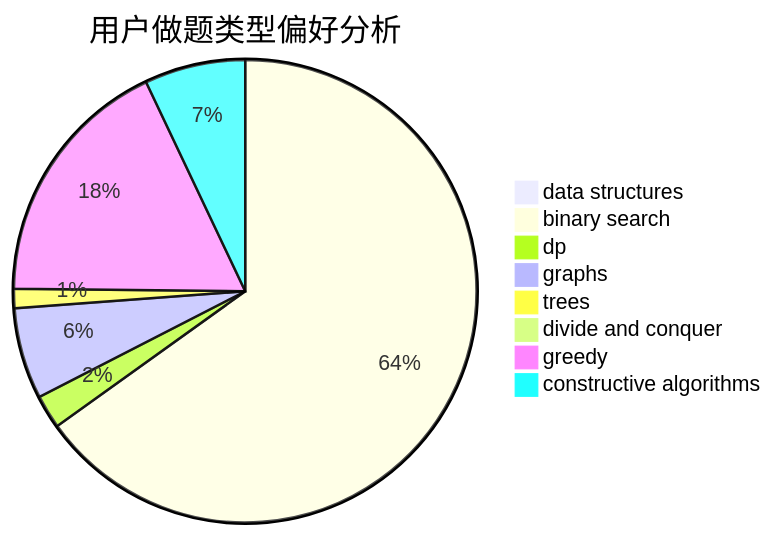
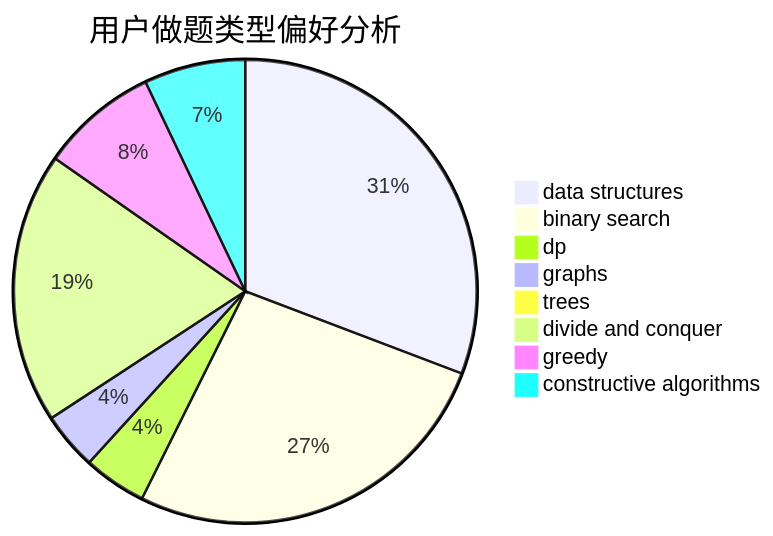
Before and after one commit to sherpahu/cfrs.github.io: the second of 3 diagrams in docs/user/u1851.md, drawn with Mermaid. The commit also changed other lines of this file and 2770 other files, not shown here.

````diff
--- a/docs/user/u1851.md
+++ b/docs/user/u1851.md
@@ -23,11 +23,11 @@
 ```mermaid
 pie title 用户做题类型偏好分析
-    "data structures" :  3
-    "binary search" :  194
-    "dp" :  7
-    "graphs" :  19
-    "trees" :  4
-    "divide and conquer" :  0
-    "greedy" :  53
-    "constructive algorithms" :  21
+    "data structures" :  161
+    "binary search" :  139
+    "dp" :  23
+    "graphs" :  21
+    "trees" :  0
+    "divide and conquer" :  99
+    "greedy" :  43
+    "constructive algorithms" :  37
 ```
````
